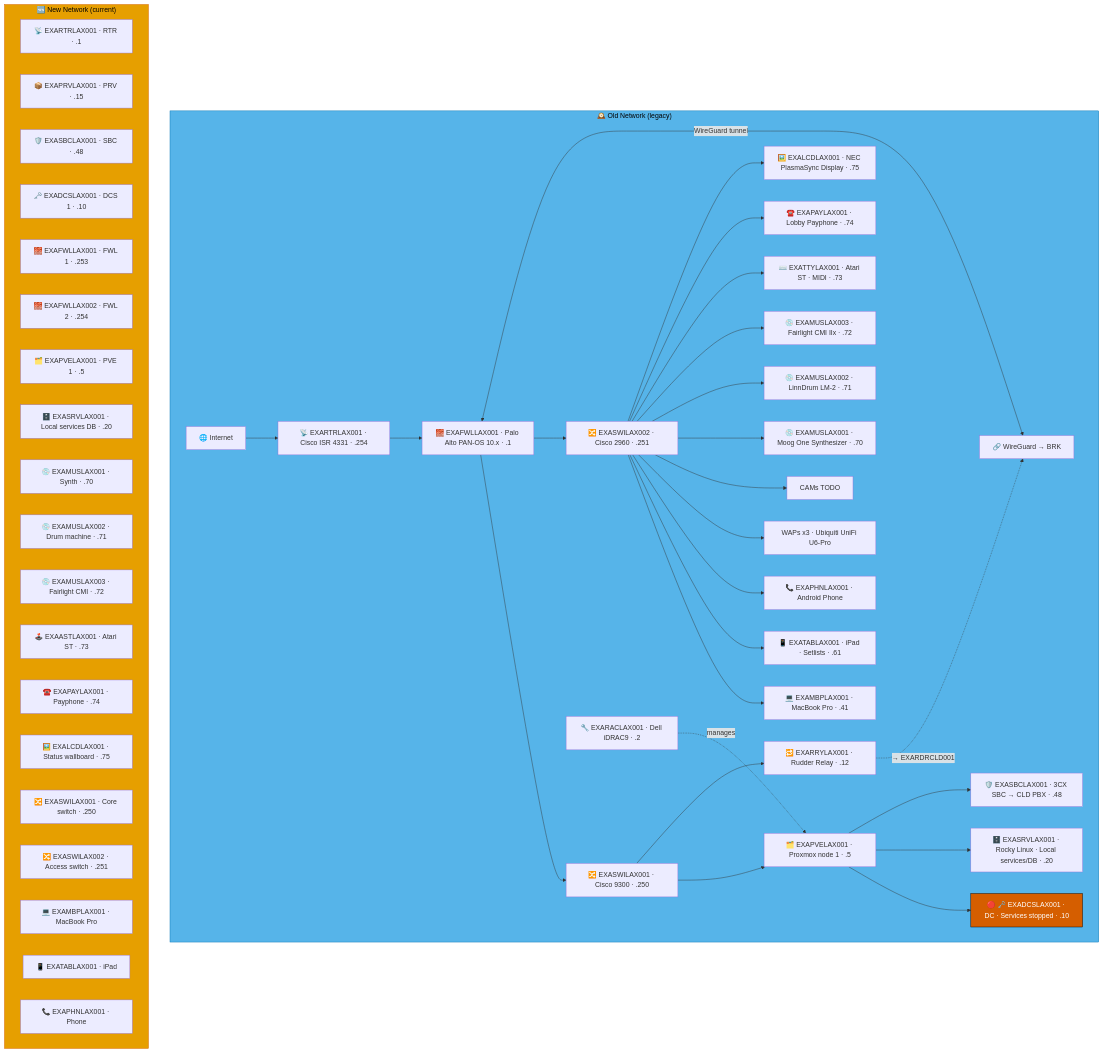
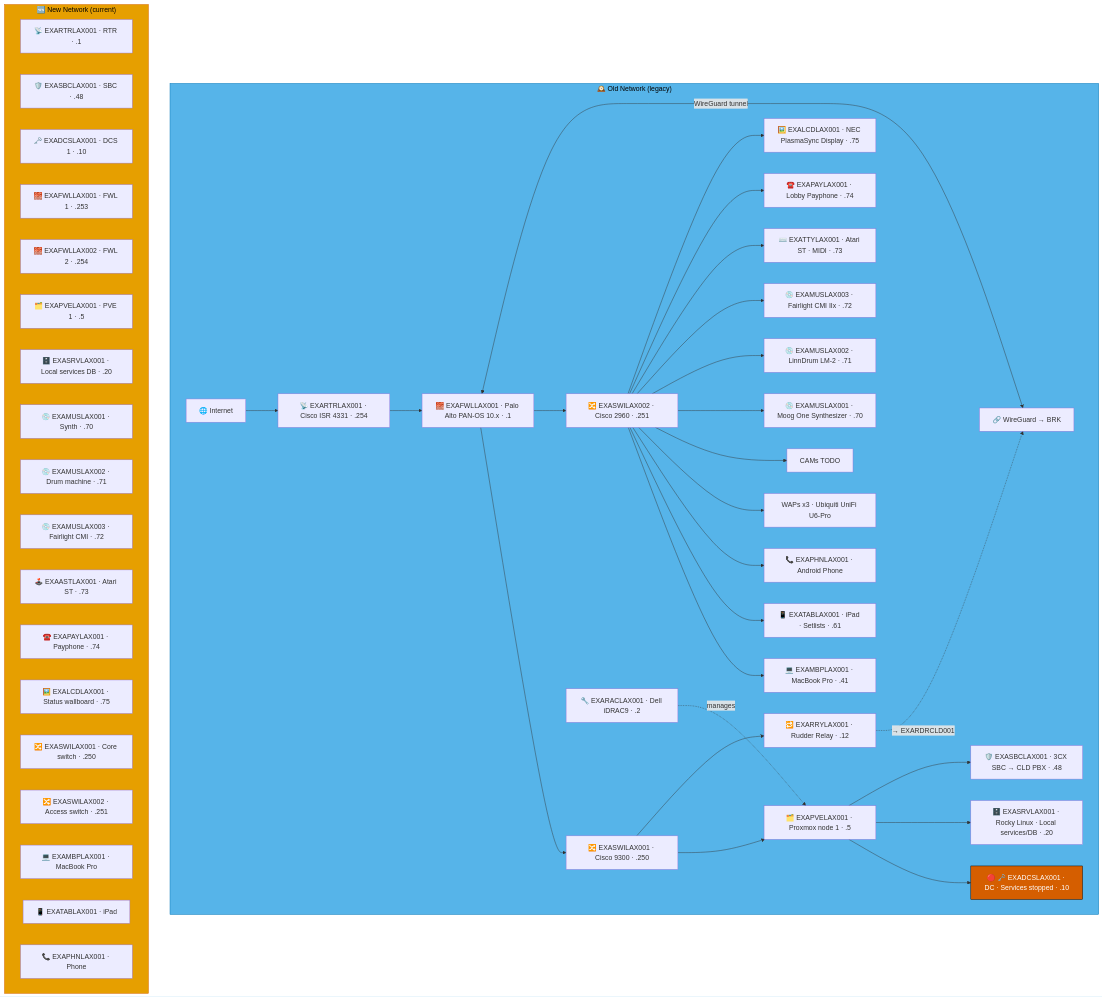
Before and after one commit to knightmare2600/example_music_infra: the first of 8 diagrams in docs/network-diagram/united-states.md, drawn with Mermaid. The commit also changed other lines of this file and 55 other files, not shown here.

````diff
--- a/docs/network-diagram/united-states.md
+++ b/docs/network-diagram/united-states.md
@@ -17,65 +17,64 @@
 ```mermaid
 graph TD
     subgraph OLD_LAX ["🕰️ Old Network (legacy)"]
       INET["🌐 Internet"]
       FWL["🧱 EXAFWLLAX001 · Palo Alto PAN-OS 10.x · .1"]
       SW1["🔀 EXASWILAX001 · Cisco 9300 · .250"]
       SW2["🔀 EXASWILAX002 · Cisco 2960 · .251"]
       RTR["📡 EXARTRLAX001 · Cisco ISR 4331 · .254"]
       RAC["🔧 EXARACLAX001 · Dell iDRAC9 · .2"]
       PVE["🗂️ EXAPVELAX001 · Proxmox node 1 · .5"]
       DC["🔴 🗝️ EXADCSLAX001 · DC · Services stopped · .10"]
       SRV["🗄️ EXASRVLAX001 · Rocky Linux · Local services/DB · .20"]
       SBC["🛡️ EXASBCLAX001 · 3CX SBC → CLD PBX · .48"]
       RRY["🔁 EXARRYLAX001 · Rudder Relay · .12"]
       MBP["💻 EXAMBPLAX001 · MacBook Pro · .41"]
       TAB["📱 EXATABLAX001 · iPad · Setlists · .61"]
       PHN["📞 EXAPHNLAX001 · Android Phone"]
       WAP["WAPs x3 · Ubiquiti UniFi U6-Pro"]
       CAM["CAMs TODO"]
       MOO["💿 EXAMUSLAX001 · Moog One Synthesizer · .70"]
       LIN["💿 EXAMUSLAX002 · LinnDrum LM-2 · .71"]
       FCL["💿 EXAMUSLAX003 · Fairlight CMI IIx · .72"]
       AST["⌨️ EXATTYLAX001 · Atari ST · MIDI · .73"]
       PAY["☎️ EXAPAYLAX001 · Lobby Payphone · .74"]
       LCD["🖼️ EXALCDLAX001 · NEC PlasmaSync Display · .75"]
       VPN["🔗 WireGuard → BRK"]
 
       INET --> RTR --> FWL --> SW1 & SW2
       SW1 --> PVE --> DC & SRV & SBC
       RAC -.->|"manages"| PVE
       SW2 --> MBP & TAB & PHN & WAP & CAM
       SW2 --> MOO & LIN & FCL & AST & PAY & LCD
       FWL <-->|"WireGuard tunnel"| VPN
 
       SW1 --> RRY
       RRY -. "→ EXARDRCLD001" .-> VPN
     end
     style OLD_LAX fill:#56B4E9,stroke:#0072B2,color:#000000
     %% GENERATED:NEW-NETWORK:LAX:START
     subgraph NEW_LAX ["🆕 New Network (current)"]
       N_RTR["📡 EXARTRLAX001 · RTR · .1"]
-      N_PRV["📦 EXAPRVLAX001 · PRV · .15"]
       N_SBC["🛡️ EXASBCLAX001 · SBC · .48"]
       N_DCS["🗝️ EXADCSLAX001 · DCS 1 · .10"]
       N_FWL["🧱 EXAFWLLAX001 · FWL 1 · .253"]
       N_FWL2["🧱 EXAFWLLAX002 · FWL 2 · .254"]
       N_PVE["🗂️ EXAPVELAX001 · PVE 1 · .5"]
       N_SRV["🗄️ EXASRVLAX001 · Local services DB · .20"]
       N_MUS["💿 EXAMUSLAX001 · Synth · .70"]
       N_MUS2["💿 EXAMUSLAX002 · Drum machine · .71"]
       N_MUS3["💿 EXAMUSLAX003 · Fairlight CMI · .72"]
       N_AST["🕹️ EXAASTLAX001 · Atari ST · .73"]
       N_PAY["☎️ EXAPAYLAX001 · Payphone · .74"]
       N_LCD["🖼️ EXALCDLAX001 · Status wallboard · .75"]
       N_SWI["🔀 EXASWILAX001 · Core switch · .250"]
       N_SWI2["🔀 EXASWILAX002 · Access switch · .251"]
       N_MBP["💻 EXAMBPLAX001 · MacBook Pro"]
       N_TAB["📱 EXATABLAX001 · iPad"]
       N_PHN["📞 EXAPHNLAX001 · Phone"]
     end
     style NEW_LAX fill:#E69F00,stroke:#D55E00,color:#000000
     %% GENERATED:NEW-NETWORK:LAX:END
     classDef warn fill:#D55E00,stroke:#000000,color:#ffffff
     class DC warn
 ```
````
